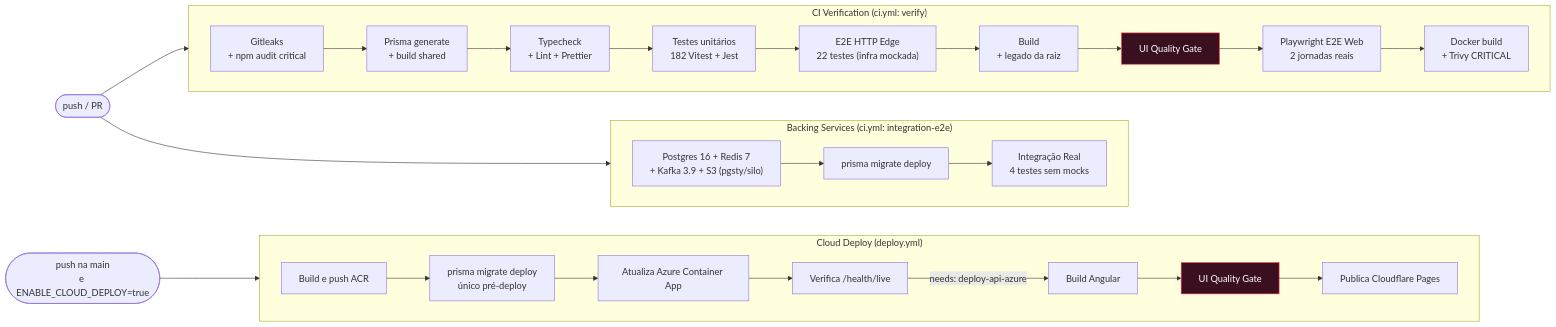
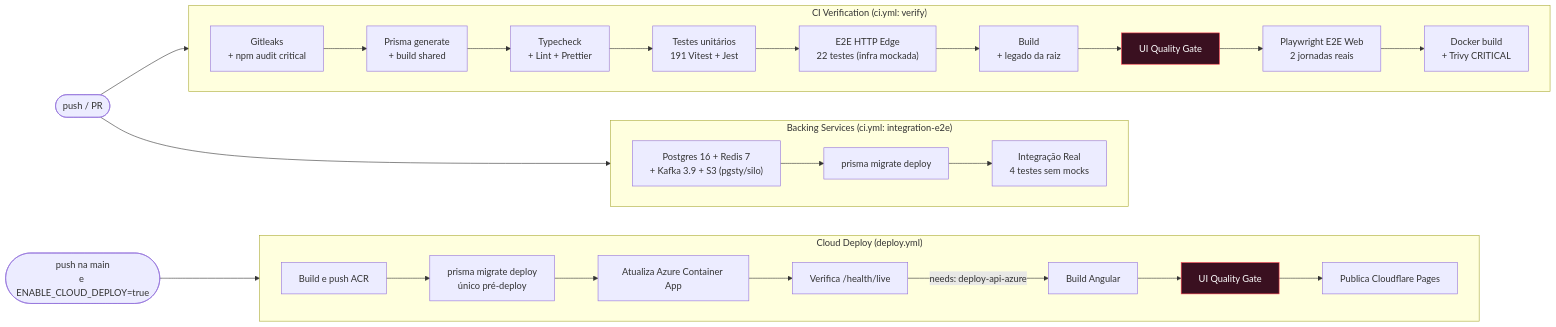
One commit to Digooow/pokedex-frontend changed the eighth of 12 diagrams in README.md. Above: the diagram before and after it, drawn with Mermaid. The commit also changed other lines of this file and 34 other files, not shown here.

````diff
--- a/README.md
+++ b/README.md
@@ -481,32 +482,32 @@
 ```mermaid
 flowchart LR
   push(["push / PR"]) --> v
   push --> integ
 
   subgraph v["CI Verification (ci.yml: verify)"]
     direction LR
     s0["Gitleaks<br/>+ npm audit critical"] --> s1["Prisma generate<br/>+ build shared"] --> s2["Typecheck<br/>+ Lint + Prettier"]
-    s2 --> s4["Testes unitários<br/>182 Vitest + Jest"]
+    s2 --> s4["Testes unitários<br/>191 Vitest + Jest"]
     s4 --> s5["E2E HTTP Edge<br/>22 testes (infra mockada)"]
     s5 --> s6["Build<br/>+ legado da raiz"]
     s6 --> s7["UI Quality Gate"]
     s7 --> s7b["Playwright E2E Web<br/>2 jornadas reais"]
     s7b --> s8["Docker build<br/>+ Trivy CRITICAL"]
   end
 
   subgraph integ["Backing Services (ci.yml: integration-e2e)"]
     direction LR
     i1["Postgres 16 + Redis 7<br/>+ Kafka 3.9 + S3 (pgsty/silo)"] --> i2["prisma migrate deploy"] --> i3["Integração Real<br/>4 testes sem mocks"]
   end
 
   push2(["push na main<br/>e ENABLE_CLOUD_DEPLOY=true"]) --> d
 
   subgraph d["Cloud Deploy (deploy.yml)"]
     direction LR
     a1["Build e push ACR"] --> a1b["prisma migrate deploy<br/>único pré-deploy"] --> a2["Atualiza Azure Container App"] --> a3["Verifica /health/live"]
     a3 -->|"needs: deploy-api-azure"| b1["Build Angular"] --> b2["UI Quality Gate"] --> b3["Publica Cloudflare Pages"]
   end
 
   classDef gate fill:#3a1020,stroke:#ff3b4e,color:#fff
   class s7,b2 gate
 ```
````
